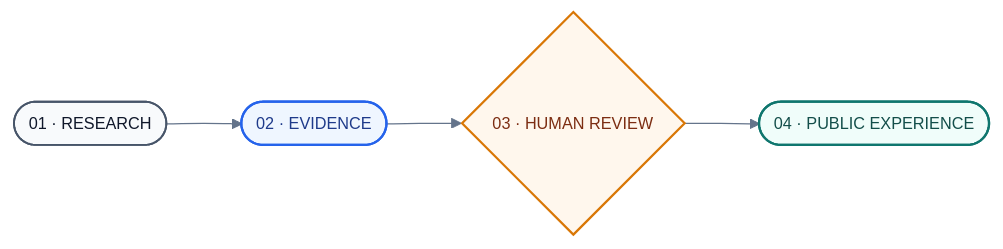
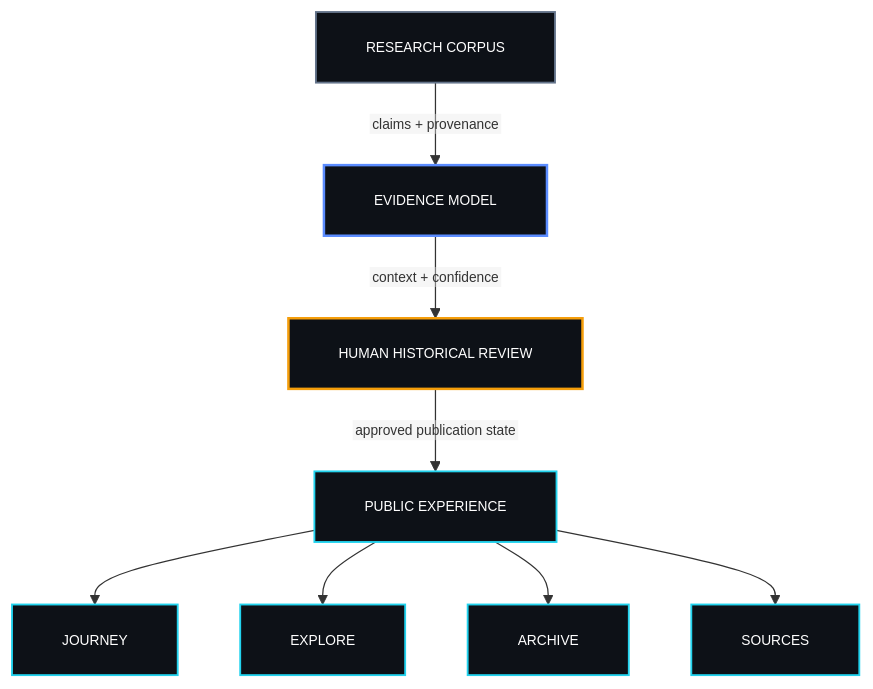
Before and after one commit to drferdi/Kediri-Kings-Century: the first of 4 diagrams in README.md, drawn with Mermaid. The commit also changed other lines of this file, not shown here.

Commit message:
docs(readme): align typography and diagrams with Sentra v1.1

```diff
--- a/README.md
+++ b/README.md
@@ -281,17 +281,32 @@
 ~~~mermaid
-%%{init: {'theme':'base','flowchart':{'curve':'basis','nodeSpacing':46,'rankSpacing':60},'themeVariables':{'fontFamily':'Inter, ui-sans-serif, system-ui','fontSize':'13px','lineColor':'#64748B'}}}%%
-flowchart LR
-  R(["01 · RESEARCH"]) --> E(["02 · EVIDENCE"])
-  E --> H{"03 · HUMAN REVIEW"}
-  H --> P(["04 · PUBLIC EXPERIENCE"])
+%%{init: {"flowchart": {"htmlLabels": false, "padding": 20}, "themeVariables": {"fontFamily": "monospace", "fontSize": "11px"}}}%%
+flowchart TB
+  RESEARCH["RESEARCH CORPUS"]
+  EVIDENCE["EVIDENCE MODEL"]
+  REVIEW["HUMAN HISTORICAL REVIEW"]
+  PUBLIC["PUBLIC EXPERIENCE"]
+  JOURNEY["JOURNEY"]
+  EXPLORE["EXPLORE"]
+  ARCHIVE["ARCHIVE"]
+  SOURCES["SOURCES"]
 
-  classDef neutral fill:#F8FAFC,stroke:#475569,stroke-width:1.5px,color:#0F172A;
-  classDef accent fill:#EFF6FF,stroke:#2563EB,stroke-width:1.8px,color:#1E3A8A;
-  classDef human fill:#FFF7ED,stroke:#D97706,stroke-width:1.8px,color:#7C2D12;
-  classDef output fill:#F0FDFA,stroke:#0F766E,stroke-width:1.8px,color:#134E4A;
+  RESEARCH -->|claims + provenance| EVIDENCE
+  EVIDENCE -->|context + confidence| REVIEW
+  REVIEW -->|approved publication state| PUBLIC
+  PUBLIC --> JOURNEY
+  PUBLIC --> EXPLORE
+  PUBLIC --> ARCHIVE
+  PUBLIC --> SOURCES
 
-  class R neutral;
-  class E accent;
-  class H human;
-  class P output;
+  classDef authority fill:#0D1117,stroke:#F59E0B,color:#ffffff,stroke-width:2px;
+  classDef agent fill:#0D1117,stroke:#8B5CF6,color:#ffffff,stroke-width:2px;
+  classDef control fill:#0D1117,stroke:#14B8A6,color:#ffffff,stroke-width:2px;
+  classDef core fill:#0D1117,stroke:#5B8CFF,color:#ffffff,stroke-width:2px;
+  classDef shared fill:#0D1117,stroke:#64748B,color:#ffffff,stroke-width:1.5px;
+  classDef surface fill:#0D1117,stroke:#22D3EE,color:#ffffff,stroke-width:1.5px;
+
+  class REVIEW authority;
+  class EVIDENCE core;
+  class RESEARCH shared;
+  class PUBLIC,JOURNEY,EXPLORE,ARCHIVE,SOURCES surface;
 ~~~
```
